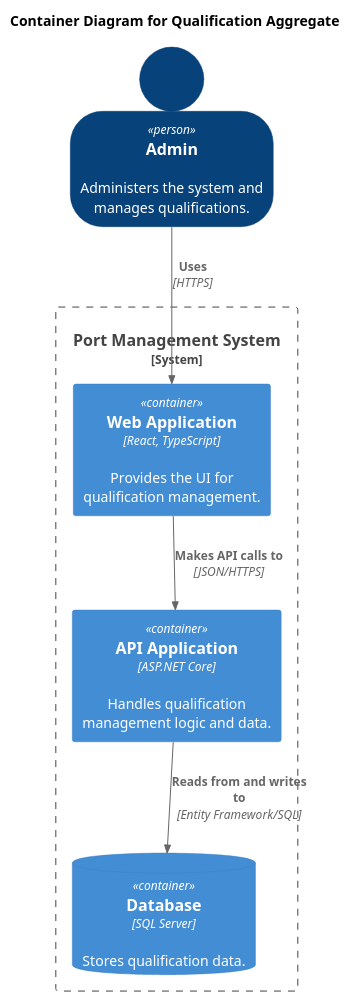
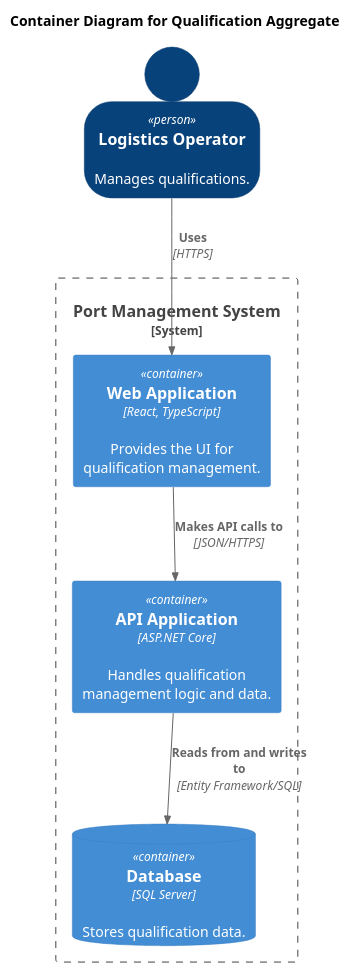
The diagram in docs/C4Diagrams/Aggregates/Qualification/2_Container.puml (igor-coutinho22/Port_Management_System), drawn with PlantUML before and after one commit. The commit also changed 1 other file, not shown here.

```diff
--- a/docs/C4Diagrams/Aggregates/Qualification/2_Container.puml
+++ b/docs/C4Diagrams/Aggregates/Qualification/2_Container.puml
@@ -1,20 +1,20 @@
 @startuml
 !include https://raw.githubusercontent.com/plantuml-stdlib/C4-PlantUML/master/C4_Container.puml
 
 SHOW_PERSON_OUTLINE()
 
 title Container Diagram for Qualification Aggregate
 
-Person(admin, "Admin", "Administers the system and manages qualifications.")
+Person(operator, "Logistics Operator", "Manages qualifications.")
 
 System_Boundary(c1, "Port Management System") {
     Container(webApp, "Web Application", "React, TypeScript", "Provides the UI for qualification management.")
     Container(api, "API Application", "ASP.NET Core", "Handles qualification management logic and data.")
     ContainerDb(database, "Database", "SQL Server", "Stores qualification data.")
 }
 
-Rel(admin, webApp, "Uses", "HTTPS")
+Rel(operator, webApp, "Uses", "HTTPS")
 Rel(webApp, api, "Makes API calls to", "JSON/HTTPS")
 Rel(api, database, "Reads from and writes to", "Entity Framework/SQL")
 
 @enduml
```
